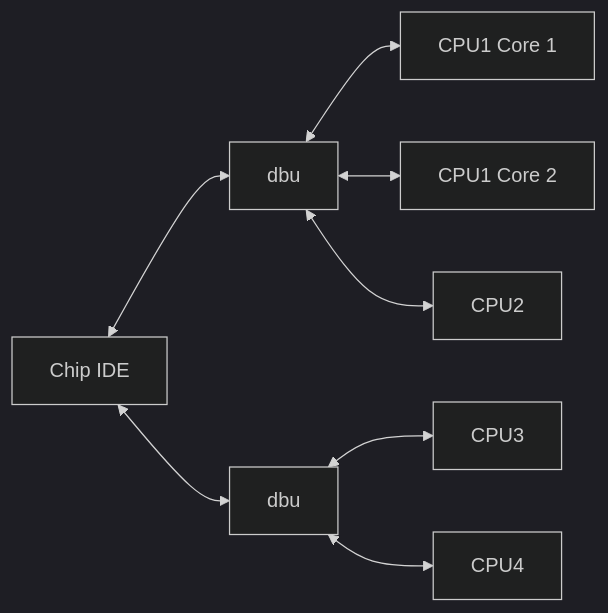
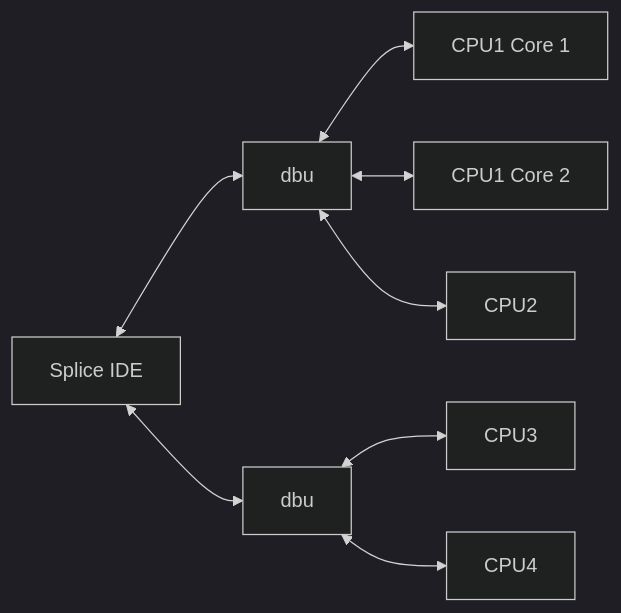
One commit to brucebiotech/splice changed the diagram in README.md. Above: the diagram before and after it, drawn with Mermaid (dark theme). The commit also changed other lines of this file, not shown here.

````diff
--- a/README.md
+++ b/README.md
@@ -14,20 +14,20 @@
 ```mermaid
 graph LR;
- ide["Chip IDE"]
+ ide["Splice IDE"]
  dbu1["dbu"]
  dbu2["dbu"]
 
   c1["CPU1 Core 1"]
   c2["CPU1 Core 2"]
  CPU2
  CPU3
  CPU4
  ide <--> dbu1
 
  dbu1 <--> c1
  dbu1 <--> c2
  dbu1 <--> CPU2
  ide <--> dbu2
  dbu2 <--> CPU3
  dbu2 <--> CPU4
 ```
````
